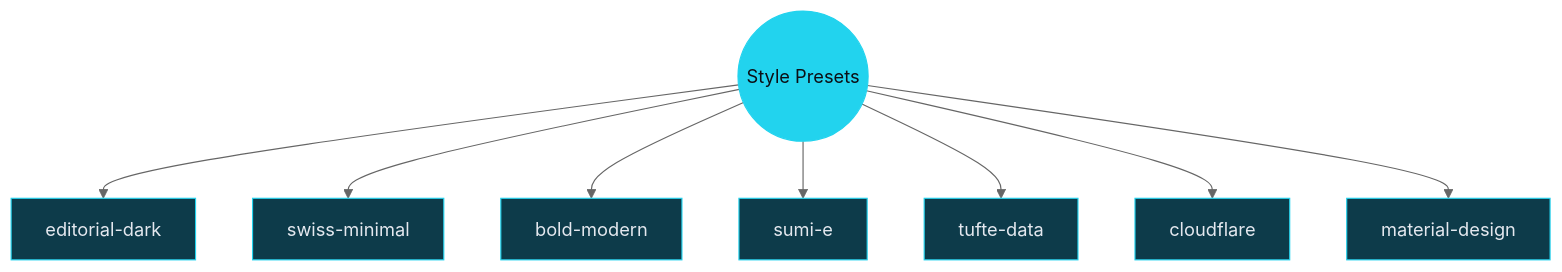
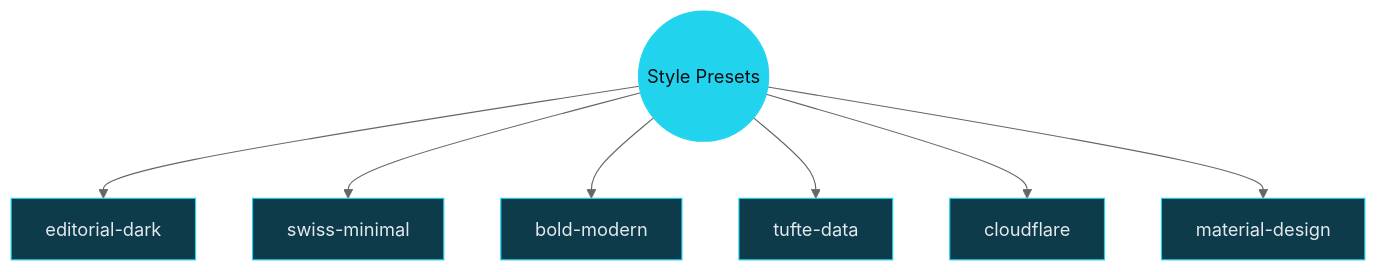
The second of 4 diagrams in examples/reference/pages/code.md (adewale/slide-maker), drawn with Mermaid (neutral theme) before and after one commit. The commit also changed other lines of this file and 21 other files, not shown here.

````diff
--- a/examples/reference/pages/code.md
+++ b/examples/reference/pages/code.md
@@ -116,14 +116,13 @@
 ```mermaid {theme: 'dark', scale: 0.7}
 graph TD
   ROOT((Style Presets)) --> ED["editorial-dark"]
   ROOT --> SM["swiss-minimal"]
   ROOT --> BM["bold-modern"]
-  ROOT --> SE["sumi-e"]
   ROOT --> TD2["tufte-data"]
   ROOT --> CF["cloudflare"]
   ROOT --> MD["material-design"]
   classDef hub fill:#22d3ee,stroke:#22d3ee,color:#0c0e14
   classDef leaf fill:#0d3b4a,stroke:#22d3ee,color:#e4e8ef
   class ROOT hub
-  class ED,SM,BM,SE,TD2,CF,MD leaf
+  class ED,SM,BM,TD2,CF,MD leaf
 ```
````
